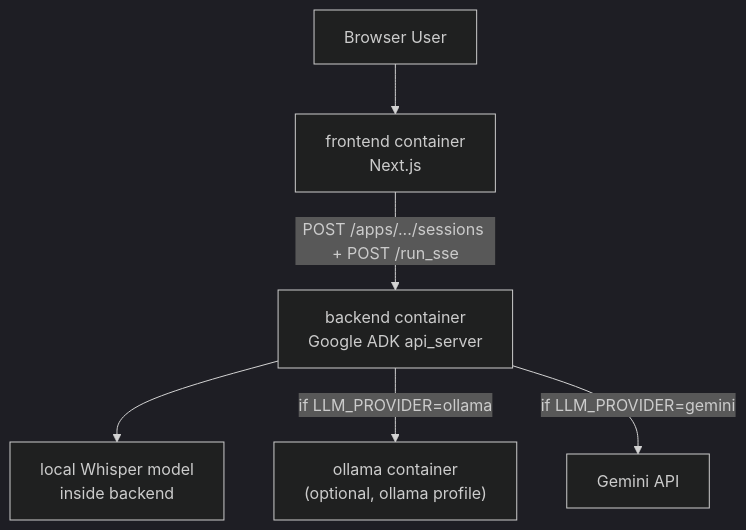
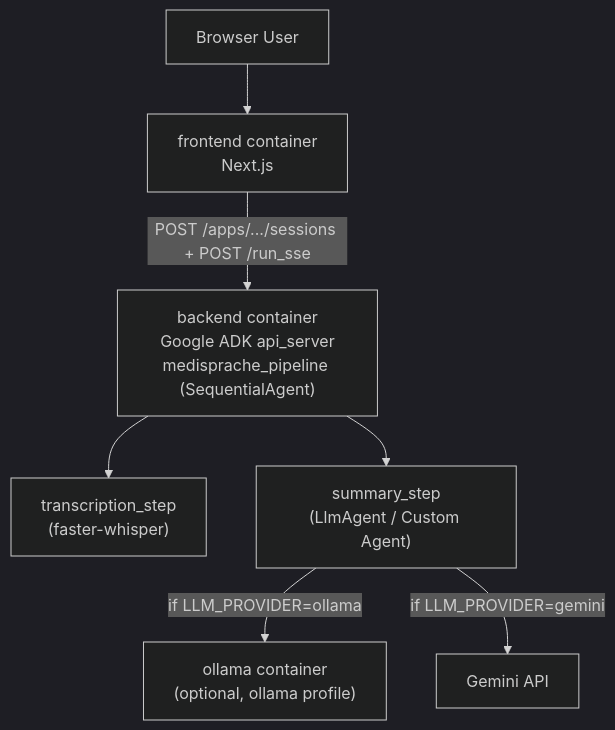
Before and after one commit to rahulkvr/MediSprache: the diagram in README.md, drawn with Mermaid (dark theme). The commit also changed other lines of this file and 1 other file, not shown here.

````diff
--- a/README.md
+++ b/README.md
@@ -57,15 +64,17 @@
 ```mermaid
 flowchart TD
     user["Browser User"]
     frontend["frontend container\nNext.js"]
-    backend["backend container\nGoogle ADK api_server"]
+    backend["backend container\nGoogle ADK api_server\nmedisprache_pipeline (SequentialAgent)"]
+    transcription_step["transcription_step\n(faster-whisper)"]
+    summary_step["summary_step\n(LlmAgent / Custom Agent)"]
     ollama["ollama container\n(optional, ollama profile)"]
-    whisper["local Whisper model\ninside backend"]
     gemini["Gemini API"]
 
     user --> frontend
     frontend -->|"POST /apps/.../sessions + POST /run_sse"| backend
-    backend --> whisper
-    backend -->|"if LLM_PROVIDER=ollama"| ollama
-    backend -->|"if LLM_PROVIDER=gemini"| gemini
+    backend --> transcription_step
+    backend --> summary_step
+    summary_step -->|"if LLM_PROVIDER=ollama"| ollama
+    summary_step -->|"if LLM_PROVIDER=gemini"| gemini
 ```
````
